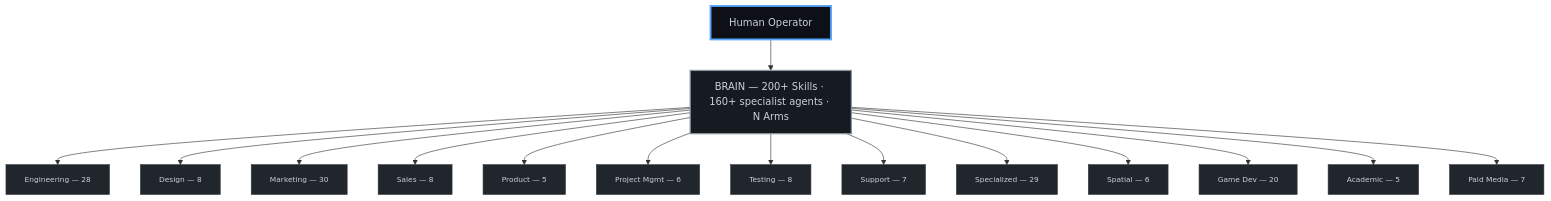
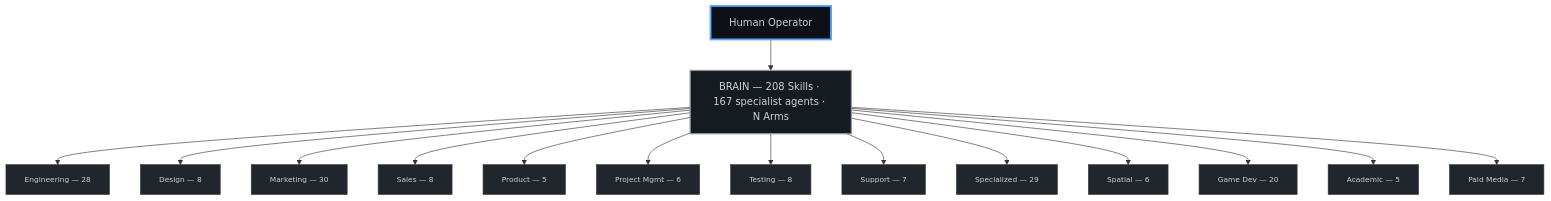
One commit to CarlosCaPe/octorato changed the diagram in README.md. Above: the diagram before and after it, drawn with Mermaid. The commit also changed other lines of this file and 44 other files, not shown here.

First line of the commit message:
feat(brain): promote 3 learned skills (agent-proof-gate · command-boundary-matching · stacked-pr-gotcha) (#106)

````diff
--- a/README.md
+++ b/README.md
@@ -611,24 +415,24 @@
 ```mermaid
 graph TB
     classDef ceo fill:#0D1117,stroke:#58A6FF,stroke-width:3px,color:#C9D1D9
     classDef brain fill:#161B22,stroke:#8B949E,stroke-width:2px,color:#C9D1D9
     classDef div fill:#21262D,stroke:#30363D,stroke-width:1px,color:#C9D1D9,font-size:12px
 
     CEO["Human Operator"]:::ceo
-    BRAIN["BRAIN — 200+ Skills · 160+ specialist agents · N Arms"]:::brain
+    BRAIN["BRAIN — 208 Skills · 167 specialist agents · N Arms"]:::brain
     CEO --> BRAIN
 
     BRAIN --> ENG["Engineering — 28"]:::div
     BRAIN --> DES["Design — 8"]:::div
     BRAIN --> MKT["Marketing — 30"]:::div
     BRAIN --> SAL["Sales — 8"]:::div
     BRAIN --> PRD["Product — 5"]:::div
     BRAIN --> PM["Project Mgmt — 6"]:::div
     BRAIN --> TST["Testing — 8"]:::div
     BRAIN --> SUP["Support — 7"]:::div
     BRAIN --> SPC["Specialized — 29"]:::div
     BRAIN --> XR["Spatial — 6"]:::div
     BRAIN --> GMD["Game Dev — 20"]:::div
     BRAIN --> ACD["Academic — 5"]:::div
     BRAIN --> PMA["Paid Media — 7"]:::div
 ```
````
